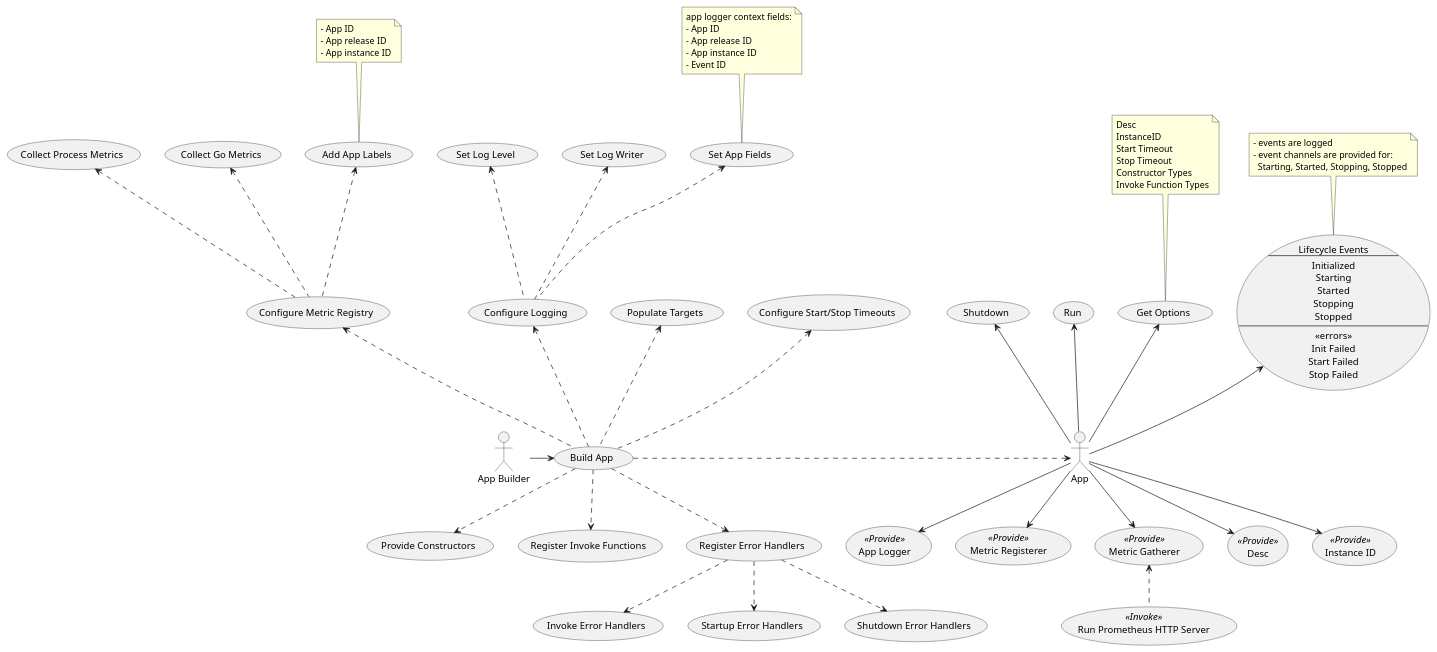
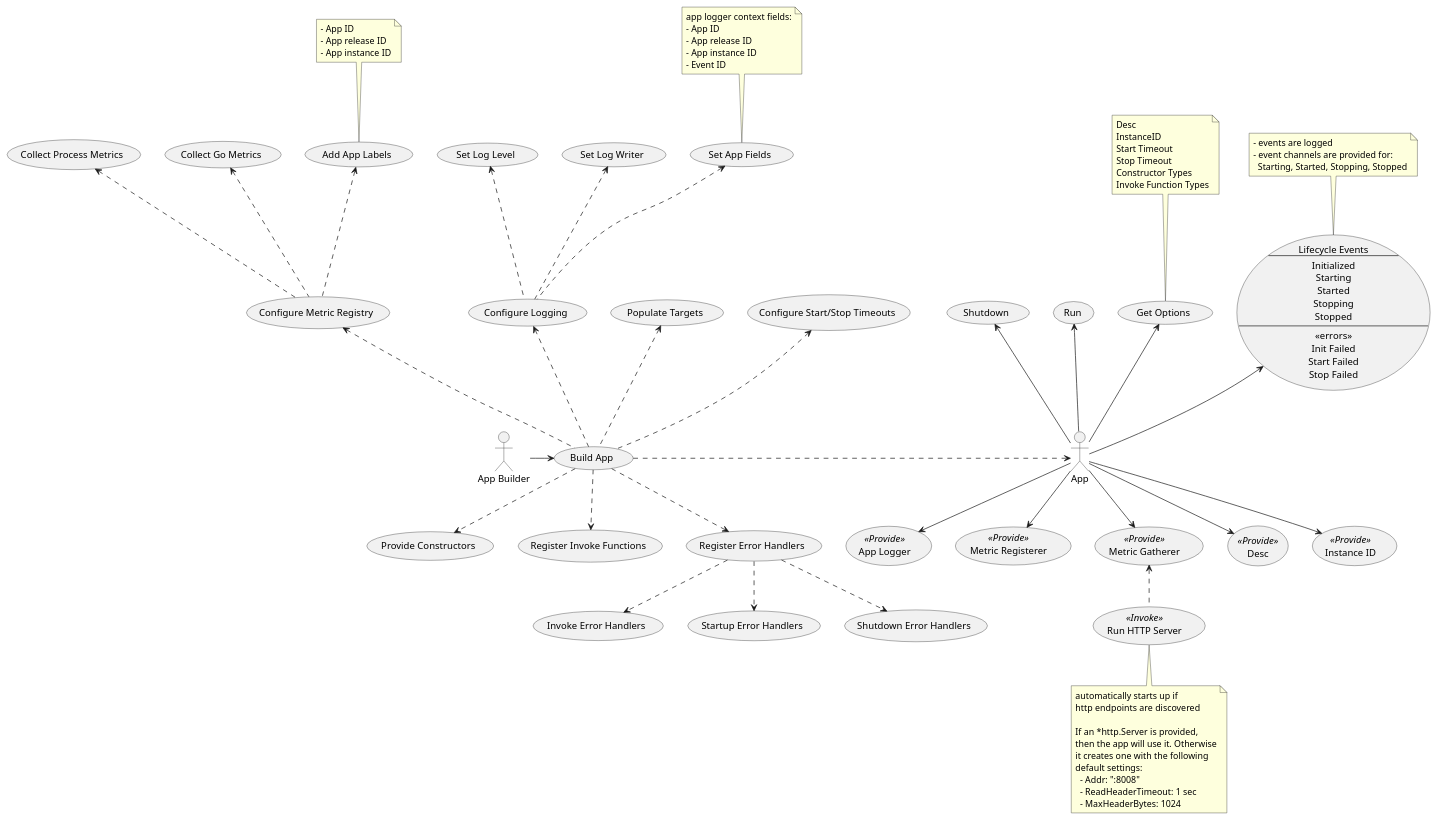
The diagram in pkg/fxapp/usecases.puml (oysterpack/andiamo), drawn with PlantUML before and after one commit. The commit also changed 9 other files, not shown here.

First line of the commit message:
the app provides an HTTP server if http endpoint handlers are discovered

```diff
--- a/pkg/fxapp/usecases.puml
+++ b/pkg/fxapp/usecases.puml
@@ -1,119 +1,132 @@
 @startuml
 :App Builder: as Builder
 actor App
 
 (Build App) as (Build)
 (Provide Constructors) as (Provide)
 (Register Invoke Functions) as (Invoke)
 
 (Register Error Handlers) as (ErrorHandlers)
 (Invoke Error Handlers) as (InvokeErrorHandlers)
 (Startup Error Handlers) as (StartupErrorHandlers)
 (Shutdown Error Handlers) as (ShutdownErrorHandlers)
 
 (Populate Targets) as (Populate)
 
 (Configure Logging) as (Logging)
 (Set Log Writer) as (LogWriter)
 (Set Log Level) as (LogLevel)
 (Set App Fields) as (LoggerAppFields)
 
 note top
 app logger context fields:
 - App ID
 - App release ID
 - App instance ID
 - Event ID
 end note
 
 (Configure Metric Registry) as (Metrics)
 (Collect Go Metrics) as (GoCollector)
 (Collect Process Metrics) as (ProcessCollector)
 (Add App Labels) as (MetricAppLabels)
 
 note top
 - App ID
 - App release ID
 - App instance ID
 end note
 
 (Configure Start/Stop Timeouts) as (Timeouts)
 
 Builder -> Build
 Build ..> Provide
 Build ..> Invoke
 Build ..> ErrorHandlers
 ErrorHandlers ..> InvokeErrorHandlers
 ErrorHandlers ..> StartupErrorHandlers
 ErrorHandlers ..> ShutdownErrorHandlers
 Build .up.> Populate
 
 Build .up.> Logging
 Logging .up.> LogWriter
 Logging .up.> LogLevel
 Logging .up.> LoggerAppFields
 
 Build .up.> Metrics
 Metrics .up.> GoCollector
 Metrics .up.> ProcessCollector
 Metrics .up.> MetricAppLabels
 
 Build .up.> Timeouts
 
 Build .> App
 
 (Desc) as (Desc) << Provide >>
 (Instance ID) as (InstanceID) << Provide >>
 (App Logger) as (AppLogger) << Provide >>
 
 (Metric Registerer) as (MetricRegistry) << Provide >>
 (Metric Gatherer) as (MetricGatherer) << Provide >>
-(Run Prometheus HTTP Server) as (RunPrometheusHTTPServer) << Invoke >>
+(Run HTTP Server) as (RunHTTPServer) << Invoke >>
 
-RunPrometheusHTTPServer .up.> MetricGatherer
+note bottom
+automatically starts up if
+http endpoints are discovered
+
+If an *http.Server is provided,
+then the app will use it. Otherwise
+it creates one with the following
+default settings:
+  - Addr: ":8008"
+  - ReadHeaderTimeout: 1 sec
+  - MaxHeaderBytes: 1024
+end note
+
+RunHTTPServer .up.> MetricGatherer
 
 (Run)
 (Shutdown)
 usecase Lifecycle as "
 Lifecycle Events
 ---
 Initialized
 Starting
 Started
 Stopping
 Stopped
 ---
 <<errors>>
 Init Failed
 Start Failed
 Stop Failed
 "
 
 note top
 - events are logged
 - event channels are provided for:
   Starting, Started, Stopping, Stopped
 end note
 
 (Get Options) as (Options)
 
 note top
 Desc
 InstanceID
 Start Timeout
 Stop Timeout
 Constructor Types
 Invoke Function Types
 end note
 
 App --> Desc
 App --> InstanceID
 App --> AppLogger
 App --> MetricRegistry
 App --> MetricGatherer
 App -up-> Options
 App -up-> Run
 App -up-> Shutdown
 App -up-> Lifecycle
 
 @enduml
```
